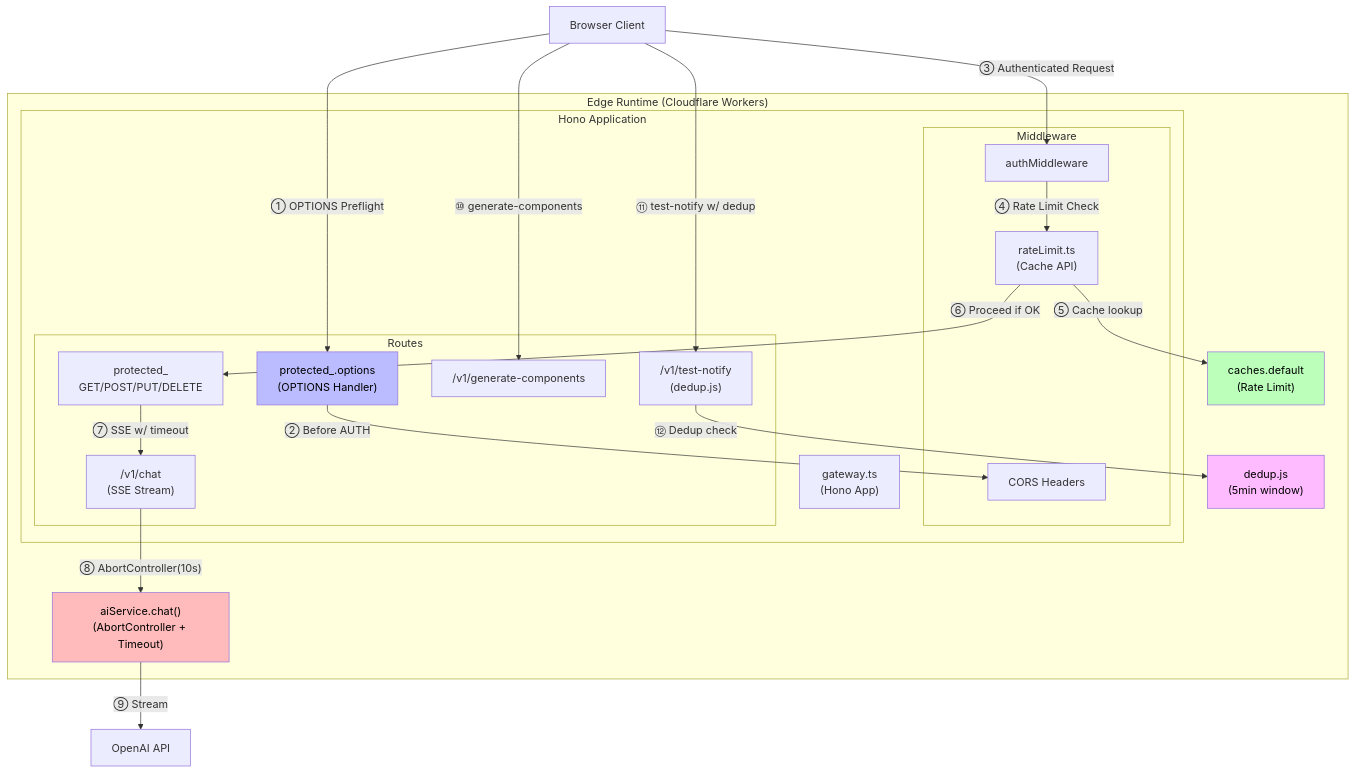
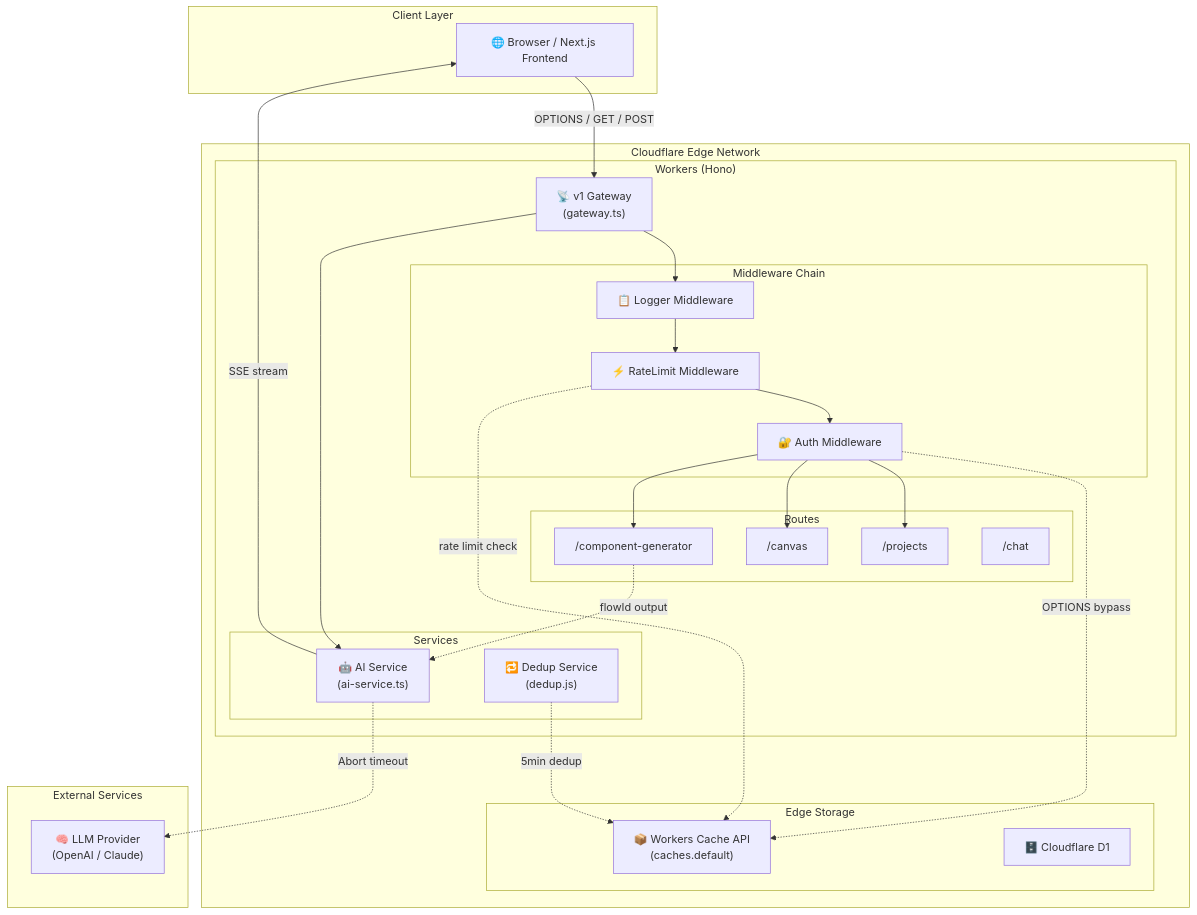
One commit to MMXC/vibex changed the first of 4 diagrams in docs/vibex-pm-proposals-vibex-proposals-20260406/architecture.md. Above: the diagram before and after it, drawn with Mermaid. The commit also changed other lines of this file and 32 other files, not shown here.

````diff
--- a/docs/vibex-pm-proposals-vibex-proposals-20260406/architecture.md
+++ b/docs/vibex-pm-proposals-vibex-proposals-20260406/architecture.md
@@ -66,47 +47,55 @@
 ```mermaid
 graph TB
-    subgraph "Edge Runtime (Cloudflare Workers)"
-        subgraph "Hono Application"
-            GW["gateway.ts<br/>(Hono App)"]
+    subgraph "Client Layer"
+        Browser["🌐 Browser / Next.js Frontend"]
+    end
+
+    subgraph "Cloudflare Edge Network"
+        subgraph "Workers (Hono)"
+            Gateway["📡 v1 Gateway\n(gateway.ts)"]
             
-            subgraph "Middleware"
-                AUTH["authMiddleware"]
-                RATE["rateLimit.ts<br/>(Cache API)"]
-                CORS["CORS Headers"]
+            subgraph "Middleware Chain"
+                Logger["📋 Logger Middleware"]
+                RateLimit["⚡ RateLimit Middleware"]
+                Auth["🔐 Auth Middleware"]
             end
-            
+
             subgraph "Routes"
-                PROTECTED["protected_\nGET/POST/PUT/DELETE"]
-                OPTIONS["protected_.options\n(OPTIONS Handler)"]
-                SSE["/v1/chat<br/>(SSE Stream)"]
-                GENERATE["/v1/generate-components"]
-                TEST_NOTIFY["/v1/test-notify<br/>(dedup.js)"]
+                Projects["/projects"]
+                Canvas["/canvas"]
+                ComponentGen["/component-generator"]
+                Chat["/chat"]
+            end
+
+            subgraph "Services"
+                AIService["🤖 AI Service\n(ai-service.ts)"]
+                Dedup["🔁 Dedup Service\n(dedup.js)"]
             end
         end
-        
-        AI_SVC["aiService.chat()<br/>(AbortController + Timeout)"]
-        DEDUP["dedup.js<br/>(5min window)"]
-        CACHE["caches.default<br/>(Rate Limit)"]
+
+        subgraph "Edge Storage"
+            CacheAPI["📦 Workers Cache API\n(caches.default)"]
+            D1DB["🗄️ Cloudflare D1"]
+        end
     end
 
-    CLIENT["Browser Client"]
-    OPENAI["OpenAI API"]
+    subgraph "External Services"
+        LLMProvider["🧠 LLM Provider\n(OpenAI / Claude)"]
+    end
 
-    CLIENT -->|"① OPTIONS Preflight"| OPTIONS
-    OPTIONS -->|"② Before AUTH"| CORS
-    CLIENT -->|"③ Authenticated Request"| AUTH
-    AUTH -->|"④ Rate Limit Check"| RATE
-    RATE -->|"⑤ Cache lookup"| CACHE
-    RATE -->|"⑥ Proceed if OK"| PROTECTED
-    PROTECTED -->|"⑦ SSE w/ timeout"| SSE
-    SSE -->|"⑧ AbortController(10s)"| AI_SVC
-    AI_SVC -->|"⑨ Stream"| OPENAI
-    CLIENT -->|"⑩ generate-components"| GENERATE
-    CLIENT -->|"⑪ test-notify w/ dedup"| TEST_NOTIFY
-    TEST_NOTIFY -->|"⑫ Dedup check"| DEDUP
+    Browser -->|"OPTIONS / GET / POST"| Gateway
+    Gateway --> Logger --> RateLimit --> Auth
+    Auth -.->|"OPTIONS bypass"| CacheAPI
+    Auth --> Projects
+    Auth --> Canvas
+    Auth --> ComponentGen
+    
+    Gateway --> AIService
+    AIService -->|"SSE stream"| Browser
+    AIService -.->|"Abort timeout"| LLMProvider
+    
+    RateLimit -.->|"rate limit check"| CacheAPI
+    ComponentGen -.->|"flowId output"| AIService
 
-    style OPTIONS fill:#bbf,color:#000
-    style AI_SVC fill:#fbb,color:#000
-    style CACHE fill:#bfb,color:#000
-    style DEDUP fill:#fbf,color:#000
+    Dedup -.->|"5min dedup"| CacheAPI
 ```
````
